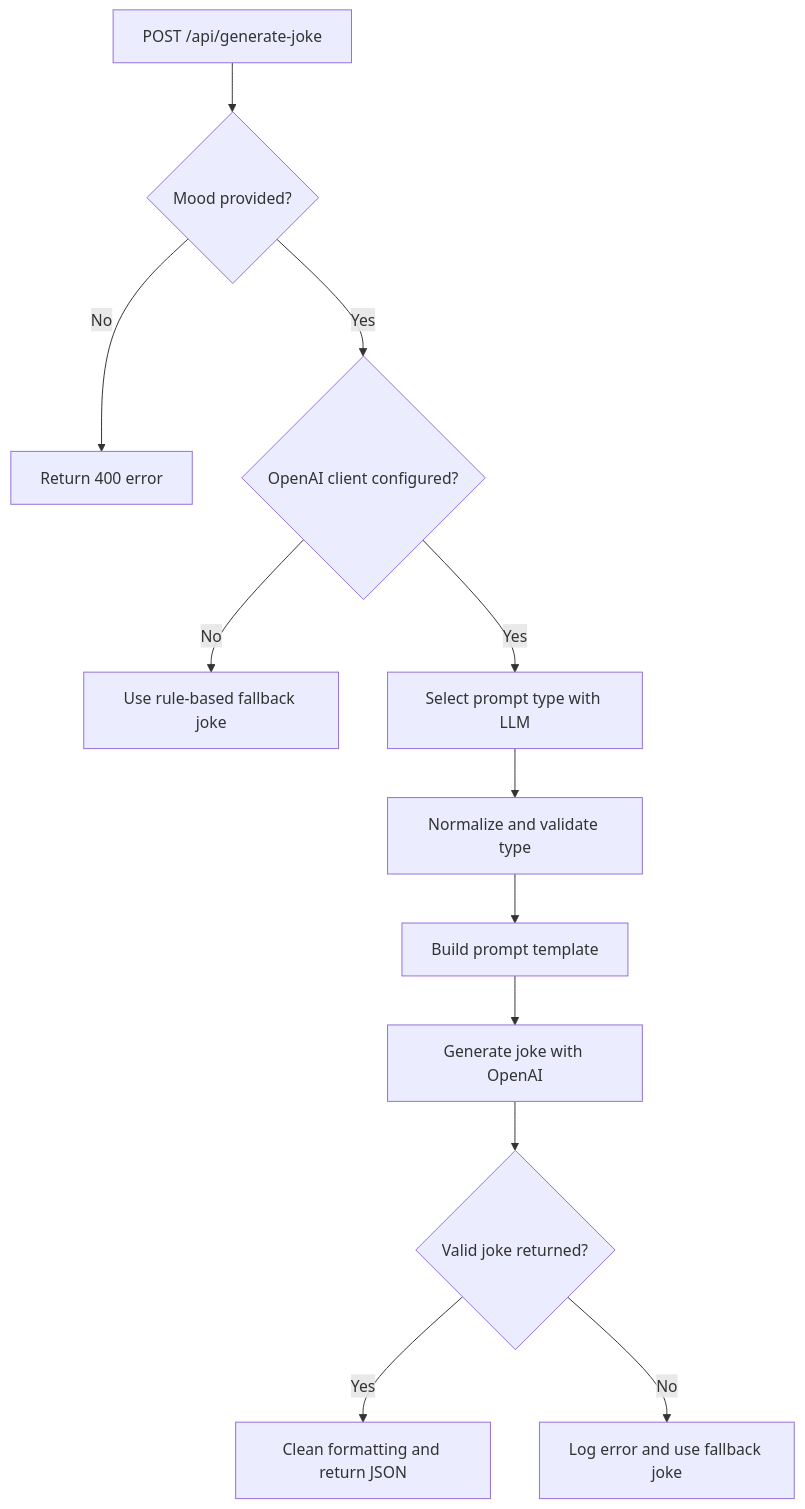
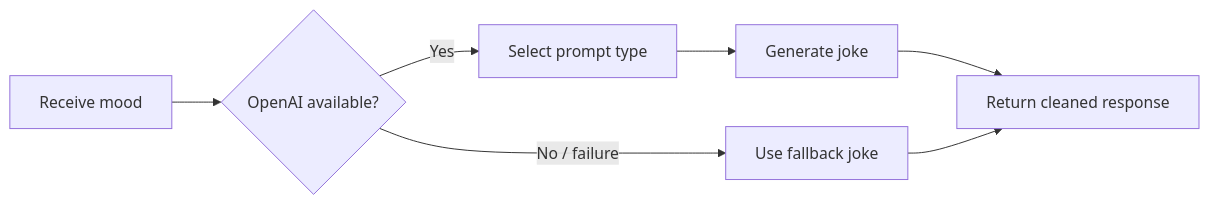
Before and after one commit to anushaRUSC/comedy-generator: the second of 3 diagrams in README.md, drawn with Mermaid. The commit also changed other lines of this file and 1 other file, not shown here.

Commit message:
Update README screenshots and diagrams

````diff
--- a/README.md
+++ b/README.md
@@ -30,14 +30,9 @@
 ```mermaid
-flowchart TD
-    A[POST /api/generate-joke] --> B{Mood provided?}
-    B -- No --> C[Return 400 error]
-    B -- Yes --> D{OpenAI client configured?}
-    D -- No --> E[Use rule-based fallback joke]
-    D -- Yes --> F[Select prompt type with LLM]
-    F --> G[Normalize and validate type]
-    G --> H[Build prompt template]
-    H --> I[Generate joke with OpenAI]
-    I --> J{Valid joke returned?}
-    J -- Yes --> K[Clean formatting and return JSON]
-    J -- No --> L[Log error and use fallback joke]
+flowchart LR
+    A[Receive mood] --> B{OpenAI available?}
+    B -- Yes --> C[Select prompt type]
+    C --> D[Generate joke]
+    D --> E[Return cleaned response]
+    B -- No / failure --> F[Use fallback joke]
+    F --> E
 ```
````
